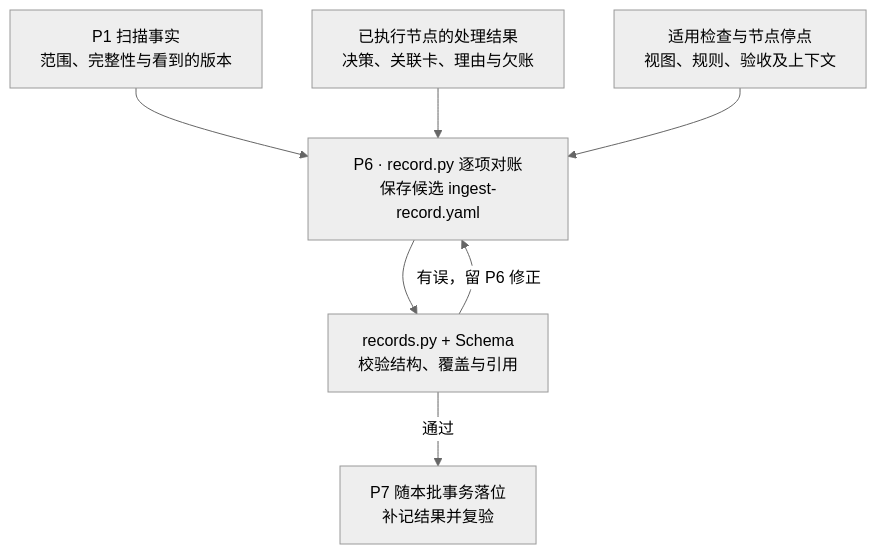
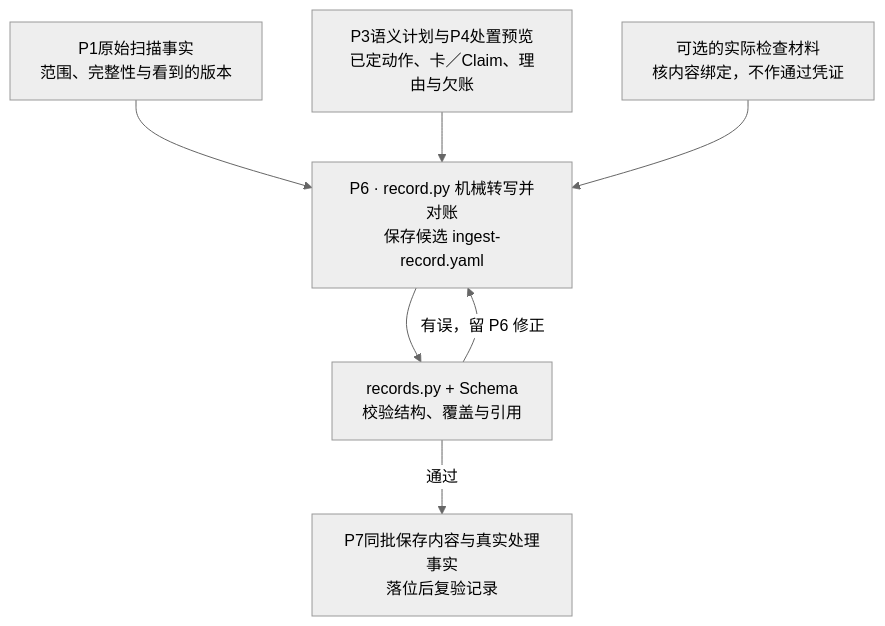
One commit to Robin-hhc/FactumCore changed diagram 17 of 27 in himate-knowledge-wifi-mp/docs-llm-wiki/知识库详细设计.md. Above: the diagram before and after it, drawn with Mermaid (neutral theme). The commit also changed other lines of this file and 5 other files, not shown here.

````diff
--- a/himate-knowledge-wifi-mp/docs-llm-wiki/知识库详细设计.md
+++ b/himate-knowledge-wifi-mp/docs-llm-wiki/知识库详细设计.md
@@ -633,9 +663,9 @@
 ```mermaid
 flowchart TD
-    SCAN["P1 扫描事实<br/>范围、完整性与看到的版本"] --> RECORD["P6 · record.py 逐项对账<br/>保存候选 ingest-record.yaml"]
-    PLAN["已执行节点的处理结果<br/>决策、关联卡、理由与欠账"] --> RECORD
-    CHECK["适用检查与节点停点<br/>视图、规则、验收及上下文"] --> RECORD
+    SCAN["P1原始扫描事实<br/>范围、完整性与看到的版本"] --> RECORD["P6 · record.py 机械转写并对账<br/>保存候选 ingest-record.yaml"]
+    PLAN["P3语义计划与P4处置预览<br/>已定动作、卡／Claim、理由与欠账"] --> RECORD
+    CHECK["可选的实际检查材料<br/>核内容绑定，不作通过凭证"] --> RECORD
     RECORD --> VALIDATE["records.py + Schema<br/>校验结构、覆盖与引用"]
     VALIDATE -->|"有误，留 P6 修正"| RECORD
-    VALIDATE -->|"通过"| APPLY["P7 随本批事务落位<br/>补记结果并复验"]
+    VALIDATE -->|"通过"| APPLY["P7同批保存内容与真实处理事实<br/>落位后复验记录"]
 ```
````
